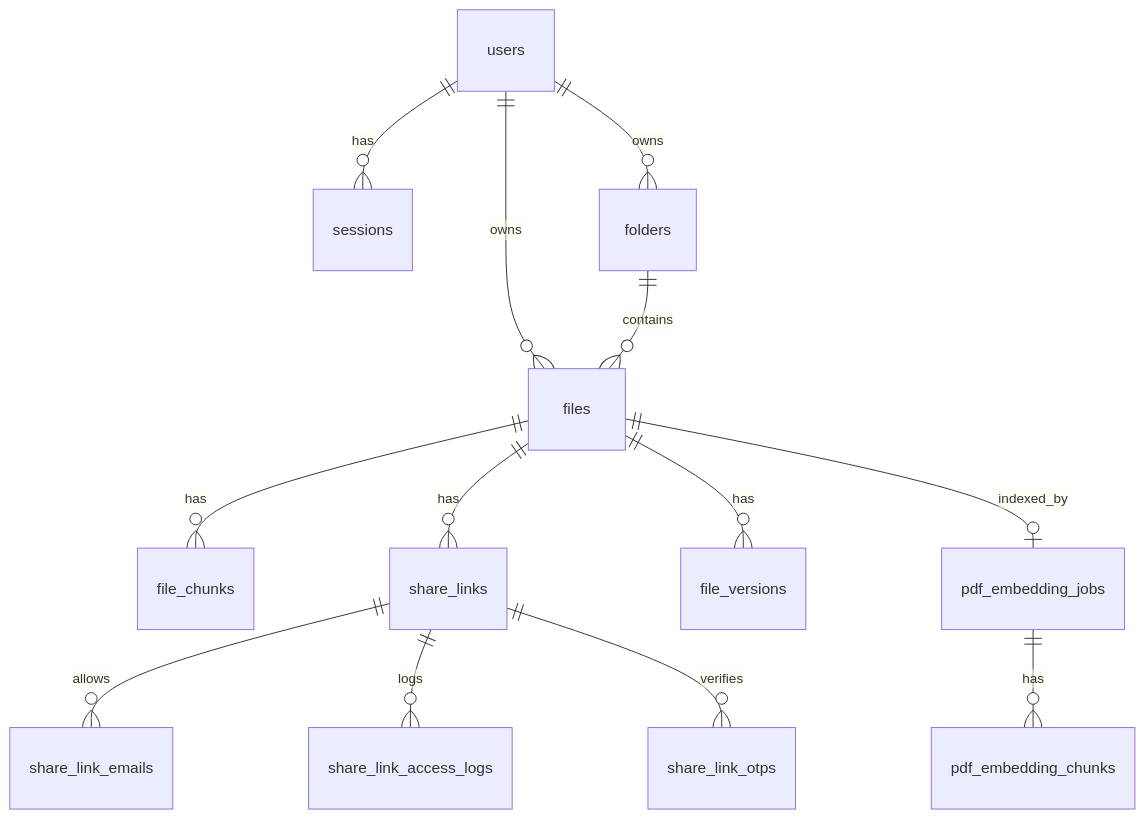
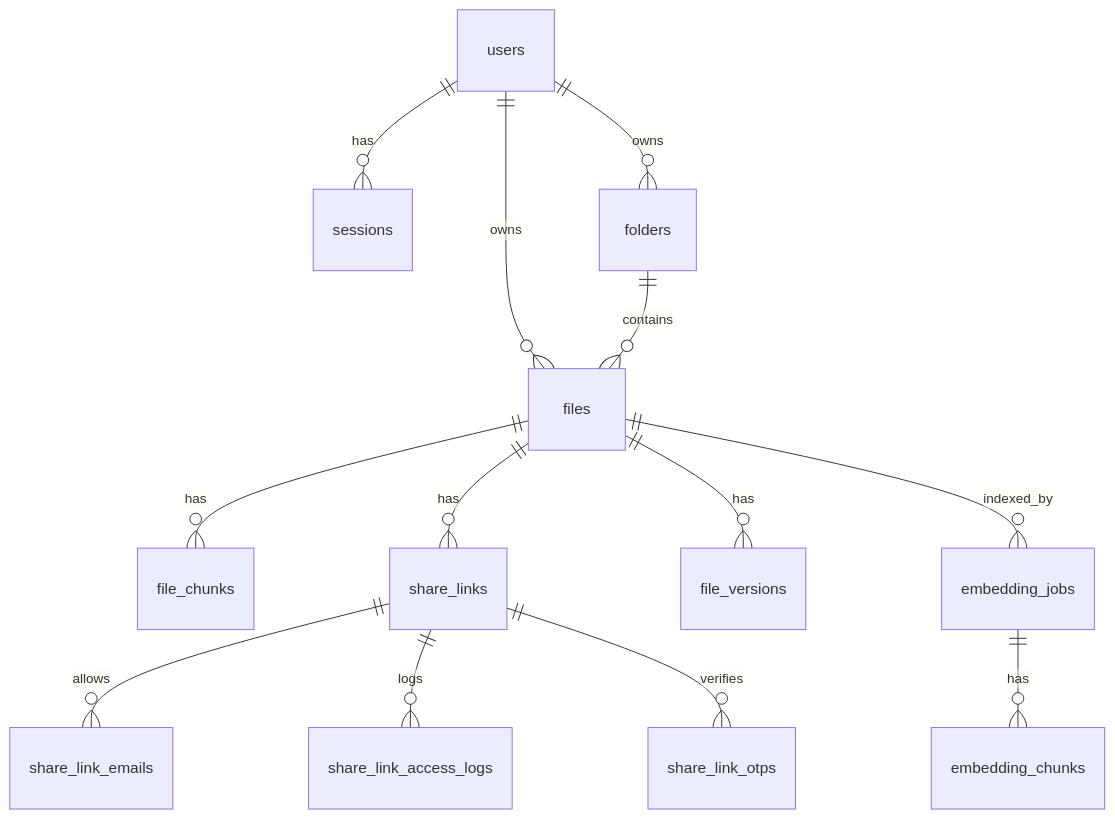
One commit to MariaDB-Hackathon-MY-2026/securevault changed the tenth of 10 diagrams in docs/02-architecture.md. Above: the diagram before and after it, drawn with Mermaid. The commit also changed other lines of this file and 35 other files, not shown here.

````diff
--- a/docs/02-architecture.md
+++ b/docs/02-architecture.md
@@ -285,15 +285,15 @@
 ```mermaid
 erDiagram
     users ||--o{ sessions : has
     users ||--o{ folders : owns
     users ||--o{ files : owns
     folders ||--o{ files : contains
     files ||--o{ file_chunks : has
     files ||--o{ share_links : has
     share_links ||--o{ share_link_emails : allows
     share_links ||--o{ share_link_access_logs : logs
     share_links ||--o{ share_link_otps : verifies
     files ||--o{ file_versions : has
-    files ||--o| pdf_embedding_jobs : indexed_by
-    pdf_embedding_jobs ||--o{ pdf_embedding_chunks : has
+    files ||--o{ embedding_jobs : indexed_by
+    embedding_jobs ||--o{ embedding_chunks : has
 ```
````
